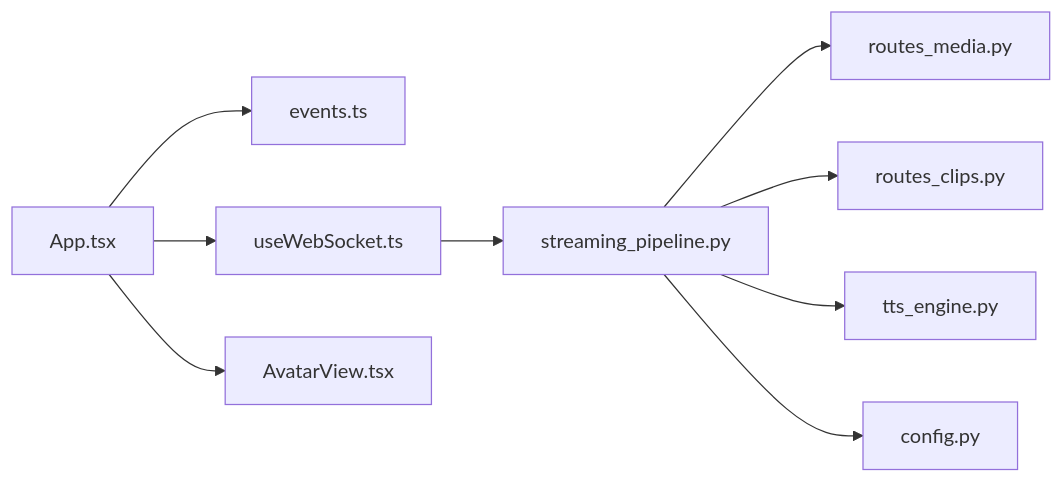
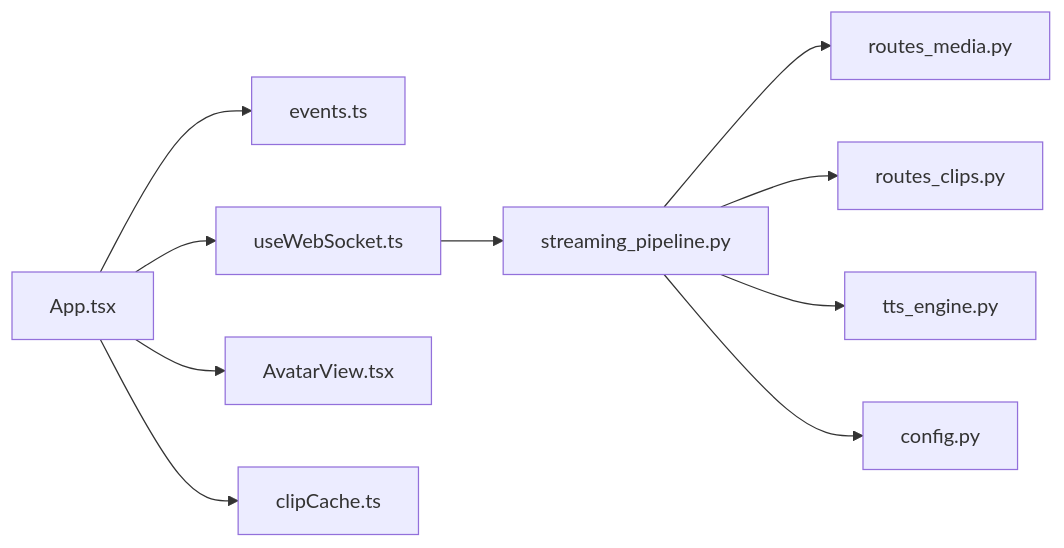
One commit to leo21cn/real-time-talk changed the sixth of 6 diagrams in .qoder/repowiki/zh/content/前端应用/虚拟形象系统.md. Above: the diagram before and after it, drawn with Mermaid. The commit also changed other lines of this file and 9 other files, not shown here.

````diff
--- a/.qoder/repowiki/zh/content/前端应用/虚拟形象系统.md
+++ b/.qoder/repowiki/zh/content/前端应用/虚拟形象系统.md
@@ -277,11 +323,12 @@
 ```mermaid
 graph LR
 App["App.tsx"] --> Events["events.ts"]
 App --> WS["useWebSocket.ts"]
 App --> AV["AvatarView.tsx"]
+App --> Cache["clipCache.ts"]
 WS --> Pipe["streaming_pipeline.py"]
 Pipe --> Media["routes_media.py"]
 Pipe --> Clips["routes_clips.py"]
 Pipe --> TTS["tts_engine.py"]
 Pipe --> Config["config.py"]
 ```
````
